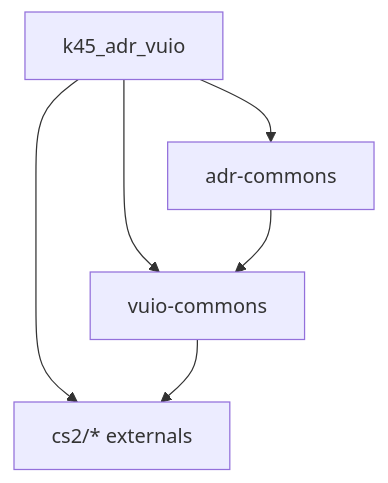
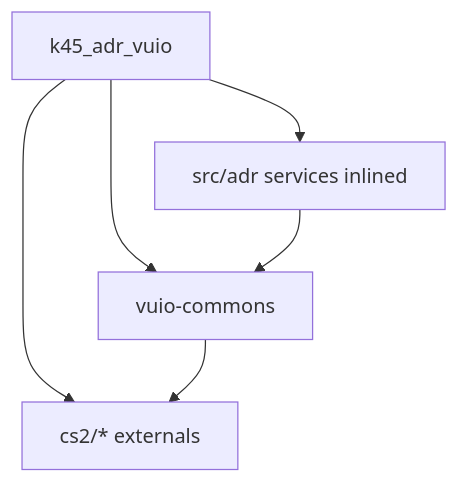
Before and after one commit to klyte45/CS2-AddressesMod: the diagram in .klyte-kanban/RefsLibrary/2026082521_main-to-vuio-migration/08-shared-libs.md, drawn with Mermaid. The commit also changed other lines of this file and 9 other files, not shown here.

````diff
--- a/.klyte-kanban/RefsLibrary/2026082521_main-to-vuio-migration/08-shared-libs.md
+++ b/.klyte-kanban/RefsLibrary/2026082521_main-to-vuio-migration/08-shared-libs.md
@@ -81,8 +137,9 @@
 ```mermaid
 flowchart TB
-  Vuio[k45_adr_vuio] --> AdrCommons[adr-commons]
+  Vuio[k45_adr_vuio]
+  Vuio --> AdrSvc["src/adr services inlined"]
   Vuio --> VuioCommons[vuio-commons]
-  AdrCommons --> VuioCommons
+  AdrSvc --> VuioCommons
   Vuio --> Cs2["cs2/* externals"]
   VuioCommons --> Cs2
 ```
````
